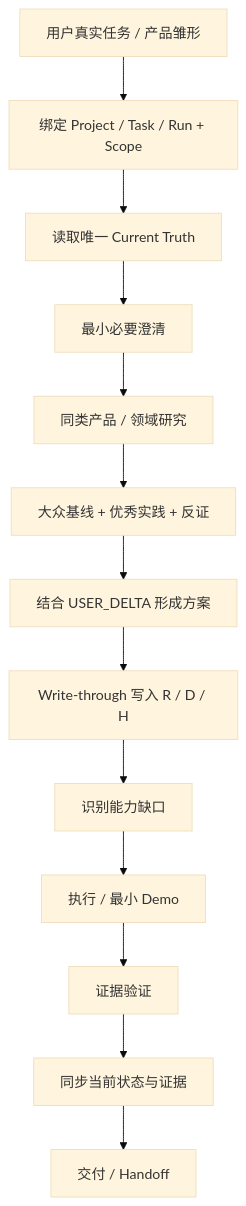
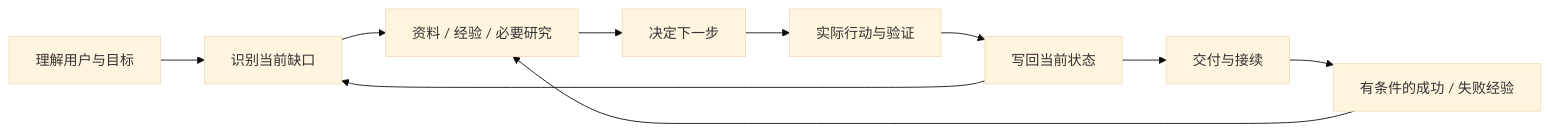
The diagram in README.md (linglingling99/zhiqian-skill), drawn with Mermaid (base theme) before and after one commit. The commit also changed other lines of this file and 31 other files, not shown here.

````diff
--- a/README.md
+++ b/README.md
@@ -34,15 +21,12 @@
 ```mermaid
-flowchart TD
-    A[用户真实任务 / 产品雏形] --> B[绑定 Project / Task / Run + Scope]
-    B --> C[读取唯一 Current Truth]
-    C --> D[最小必要澄清]
-    D --> E[同类产品 / 领域研究]
-    E --> F[大众基线 + 优秀实践 + 反证]
-    F --> G[结合 USER_DELTA 形成方案]
-    G --> H[Write-through 写入 R / D / H]
-    H --> I[识别能力缺口]
-    I --> J[执行 / 最小 Demo]
-    J --> K[证据验证]
-    K --> L[同步当前状态与证据]
-    L --> M[交付 / Handoff]
+flowchart LR
+    U[理解用户与目标] --> G[识别当前缺口]
+    G --> E[资料 / 经验 / 必要研究]
+    E --> D[决定下一步]
+    D --> A[实际行动与验证]
+    A --> S[写回当前状态]
+    S --> G
+    S --> H[交付与接续]
+    H --> L[有条件的成功 / 失败经验]
+    L --> E
 ```
````
